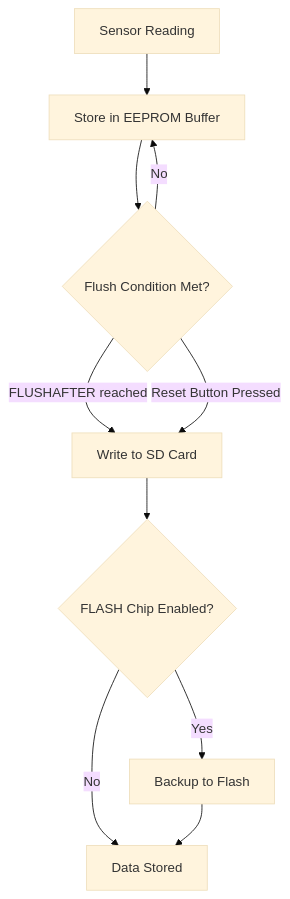
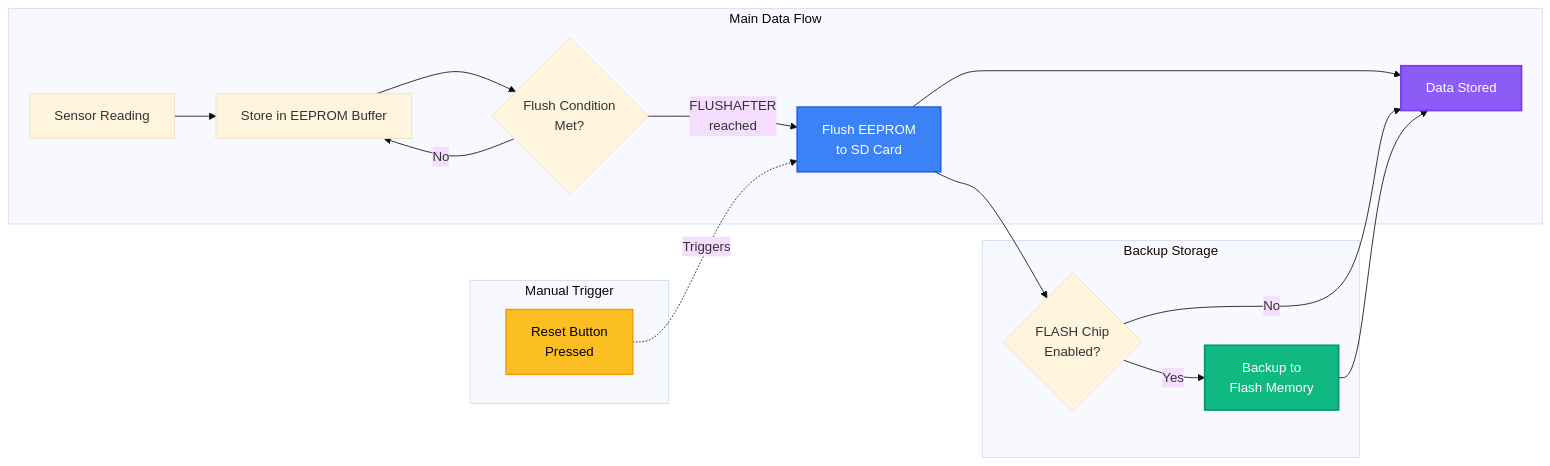
Before and after one commit to ICHydro/Riverlabs: the diagram in docs/user-manual/hardware/data-handling.md, drawn with Mermaid (base theme).

Commit message:
Redesign data handling flowchart with three-column layout
- Move Reset Button to left column as manual trigger
- Center column shows main data flow (sensor → EEPROM → flush → SD card)
- Right column shows Flash backup option branching from flush
- Add color coding for better visualization
- Show that flush writes to both SD and Flash when enabled

````diff
--- a/docs/user-manual/hardware/data-handling.md
+++ b/docs/user-manual/hardware/data-handling.md
@@ -19,12 +19,30 @@
 ```mermaid
-flowchart TD
-    A[Sensor Reading] --> B[Store in EEPROM Buffer]
-    B --> C{Flush Condition Met?}
-    C -->|FLUSHAFTER reached| D[Write to SD Card]
-    C -->|Reset Button Pressed| D
-    C -->|No| B
-    D --> E{FLASH Chip Enabled?}
-    E -->|Yes| F[Backup to Flash]
-    E -->|No| G[Data Stored]
+flowchart LR
+    subgraph left [Manual Trigger]
+        RST[Reset Button<br/>Pressed]
+    end
+    
+    subgraph center [Main Data Flow]
+        A[Sensor Reading] --> B[Store in EEPROM Buffer]
+        B --> C{Flush Condition<br/>Met?}
+        C -->|FLUSHAFTER<br/>reached| D[Flush EEPROM<br/>to SD Card]
+        C -->|No| B
+        D --> G[Data Stored]
+    end
+    
+    subgraph right [Backup Storage]
+        E{FLASH Chip<br/>Enabled?}
+        F[Backup to<br/>Flash Memory]
+    end
+    
+    RST -.->|Triggers| D
+    D --> E
+    E -->|Yes| F
+    E -->|No| G
     F --> G
+    
+    style RST fill:#fbbf24,stroke:#f59e0b,stroke-width:2px,color:#000
+    style D fill:#3b82f6,stroke:#2563eb,stroke-width:2px,color:#fff
+    style F fill:#10b981,stroke:#059669,stroke-width:2px,color:#fff
+    style G fill:#8b5cf6,stroke:#7c3aed,stroke-width:2px,color:#fff
 ```
````
